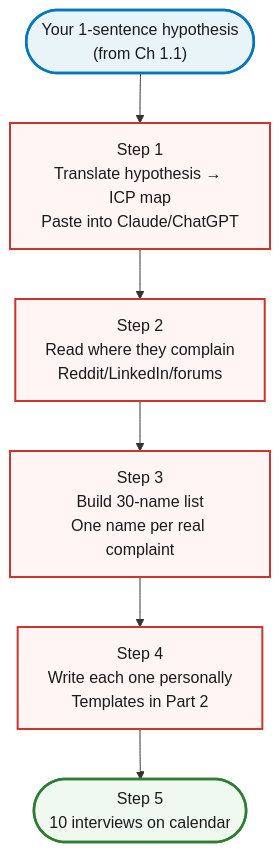
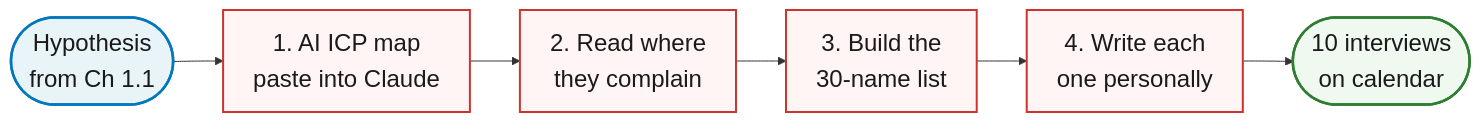
The diagram in content/course/tech-for-non-technical-founders-2026/find-10-people-where-to-look/index.md (jetthoughts/jetthoughts.github.io), drawn with Mermaid before and after one commit. The commit also changed 2 other files, not shown here.

Commit message:
fix(course): PR #361 review round - lineColor align + 2 owner-flagged diagrams
- lineColor default #453f3f -> #333 (CodeRabbit: diverged from the
  prompt guidance and every per-diagram init)
- validation-tools 'Why use validation tools' tree: merged the Catches
  capsules into the tool cards (they duplicated the table right below),
  dropped the volatile '$9 Starter' price hardcoded inside the diagram
  (de-hardcoding policy) - tree is now 3 rows instead of 5
- 2.3 'full journey': lone-column TD straggle (~1,500px of sparse
  stacked Step boxes) -> compact 6-node LR anchor strip above the
  numbered list that carries the detail

Gates: build green, test:critical 46/46; visual suites ran green after
the lineColor change.

Claude-Session: https://claude.ai/code/session_01GYRU9wGepomJo5hSuqtu7V

````diff
--- a/content/course/tech-for-non-technical-founders-2026/find-10-people-where-to-look/index.md
+++ b/content/course/tech-for-non-technical-founders-2026/find-10-people-where-to-look/index.md
@@ -50,18 +50,18 @@
 ```mermaid
-%%{init: {'theme':'base', 'themeVariables': {'fontFamily':'Caveat, Patrick Hand, cursive', 'primaryColor':'#fff5f5', 'primaryBorderColor':'#cc342d', 'lineColor':'#333', 'primaryTextColor':'#1a1a1a'}}}%%
-flowchart TD
-    H(["Your 1-sentence hypothesis<br/>(from Ch 1.1)"])
-    H --> S1[Step 1<br/>Translate hypothesis → ICP map<br/>Paste into Claude/ChatGPT]
-    S1 --> S2[Step 2<br/>Read where they complain<br/>Reddit/LinkedIn/forums]
-    S2 --> S3[Step 3<br/>Build 30-name list<br/>One name per real complaint]
-    S3 --> S4[Step 4<br/>Write each one personally<br/>Templates in Part 2]
-    S4 --> S5(["Step 5<br/>10 interviews on calendar"])
+%%{init: {'theme':'base', 'themeVariables': {'fontFamily':'Caveat, Patrick Hand, cursive', 'fontSize':'24px', 'primaryColor':'#fff5f5', 'primaryBorderColor':'#cc342d', 'lineColor':'#333', 'primaryTextColor':'#1a1a1a'}}}%%
+flowchart LR
+    H(["Hypothesis<br/>from Ch 1.1"])
+    H --> S1["1. AI ICP map<br/>paste into Claude"]
+    S1 --> S2["2. Read where<br/>they complain"]
+    S2 --> S3["3. Build the<br/>30-name list"]
+    S3 --> S4["4. Write each<br/>one personally"]
+    S4 --> S5(["10 interviews<br/>on calendar"])
 
     classDef start fill:#e8f4f8,stroke:#0277bd,stroke-width:2.5px,color:#1a1a1a
     classDef step fill:#fff5f5,stroke:#cc342d,stroke-width:2px,color:#1a1a1a
     classDef end1 fill:#f0f9f0,stroke:#2e7d32,stroke-width:2.5px,color:#1a1a1a
 
     class H start
     class S1,S2,S3,S4 step
     class S5 end1
 ```
````
